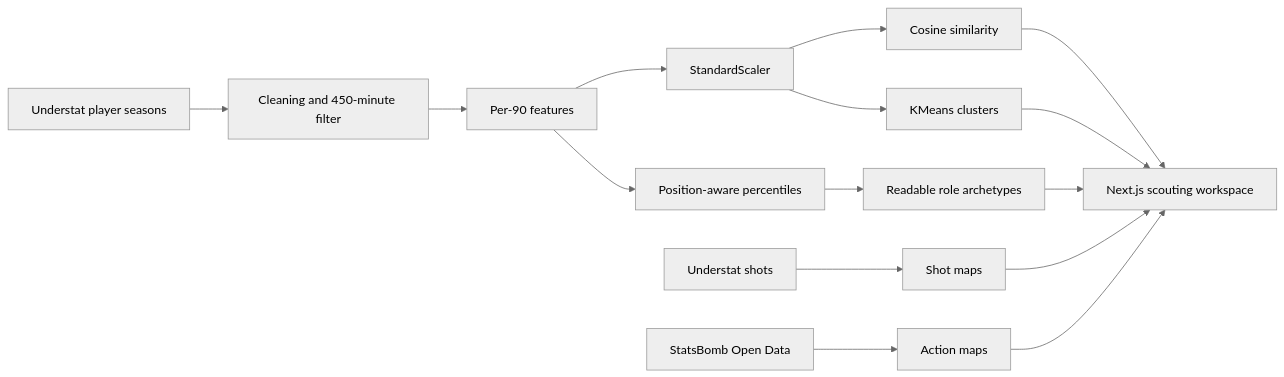
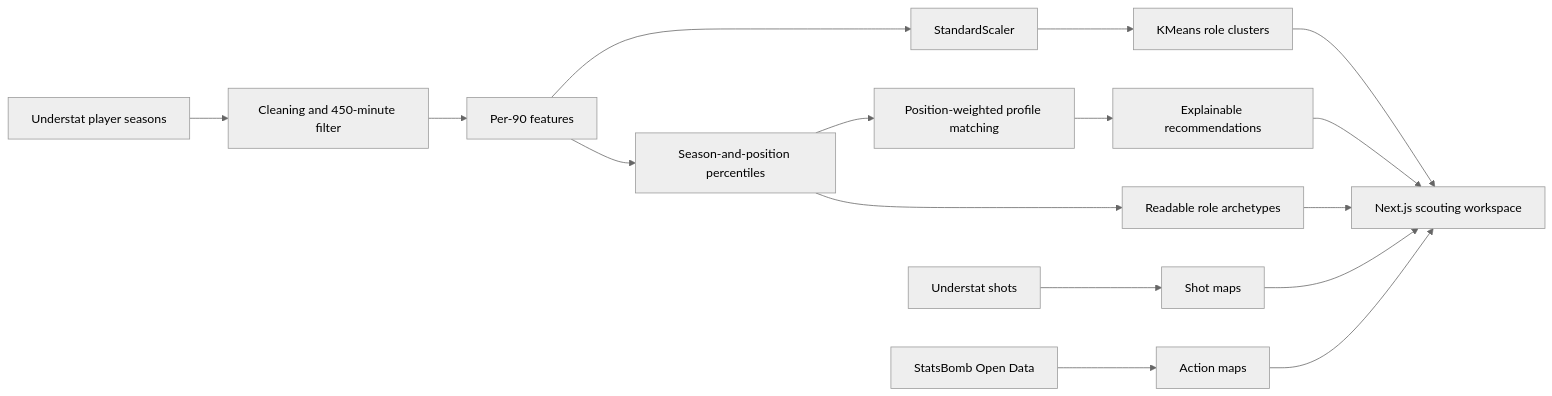
The diagram in README.md (sagar-varshney/football-player-scouting-tool), drawn with Mermaid (neutral theme) before and after one commit. The commit also changed other lines of this file and 3 other files, not shown here.

Commit message:
Add explainable position-aware scouting matches

````diff
--- a/README.md
+++ b/README.md
@@ -60,17 +60,18 @@
 ```mermaid
 flowchart LR
     A[Understat player seasons] --> B[Cleaning and 450-minute filter]
     B --> C[Per-90 features]
     C --> D[StandardScaler]
-    D --> E[Cosine similarity]
-    D --> F[KMeans clusters]
-    C --> G[Position-aware percentiles]
-    G --> H[Readable role archetypes]
-    E --> I[Next.js scouting workspace]
-    F --> I
-    H --> I
-    J[Understat shots] --> K[Shot maps]
-    L[StatsBomb Open Data] --> M[Action maps]
-    K --> I
-    M --> I
+    D --> E[KMeans role clusters]
+    C --> F[Season-and-position percentiles]
+    F --> G[Position-weighted profile matching]
+    G --> H[Explainable recommendations]
+    F --> I[Readable role archetypes]
+    E --> J[Next.js scouting workspace]
+    H --> J
+    I --> J
+    K[Understat shots] --> L[Shot maps]
+    M[StatsBomb Open Data] --> N[Action maps]
+    L --> J
+    N --> J
 ```
````
